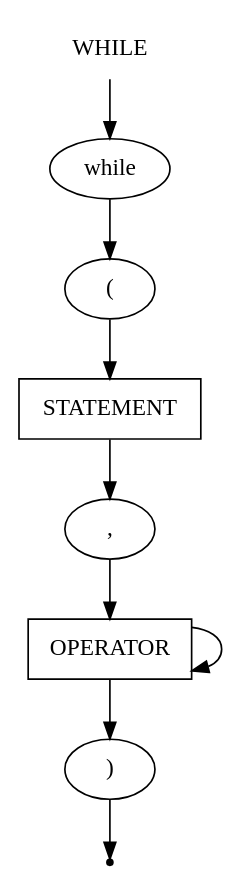
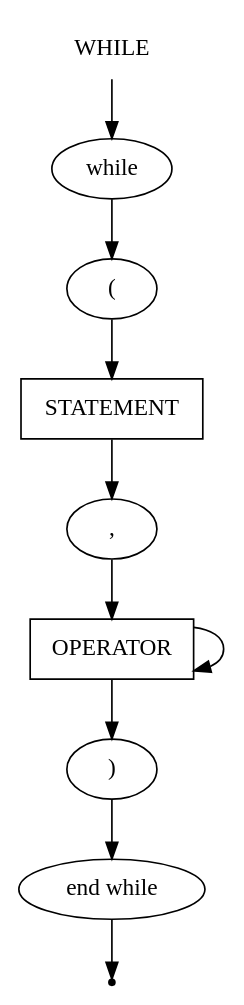
The diagram in src/CodeParser/grammar/while.gv (mshnschnko/ProMa), drawn with Graphviz before and after one commit. The commit also changed 10 other files, not shown here.

```diff
--- a/src/CodeParser/grammar/while.gv
+++ b/src/CodeParser/grammar/while.gv
@@ -1,19 +1,21 @@
 digraph WHILE{
     start [label=WHILE shape=plaintext]
     while [label=while shape=oval]
     statement [label=STATEMENT shape=box]
     oper [label=OPERATOR shape=box]
     open [label="(" shape=oval]
     comma [label="," shape=oval]
     close [label=")" shape=oval]
+    end_while [label="end while" shape=oval]
     end [label="" shape=point]
 
     start -> while
     while -> open
     open -> statement
     statement -> comma
     comma -> oper
     oper -> oper
     oper -> close
-    close -> end
+    close -> end_while
+    end_while -> end
 }
```
